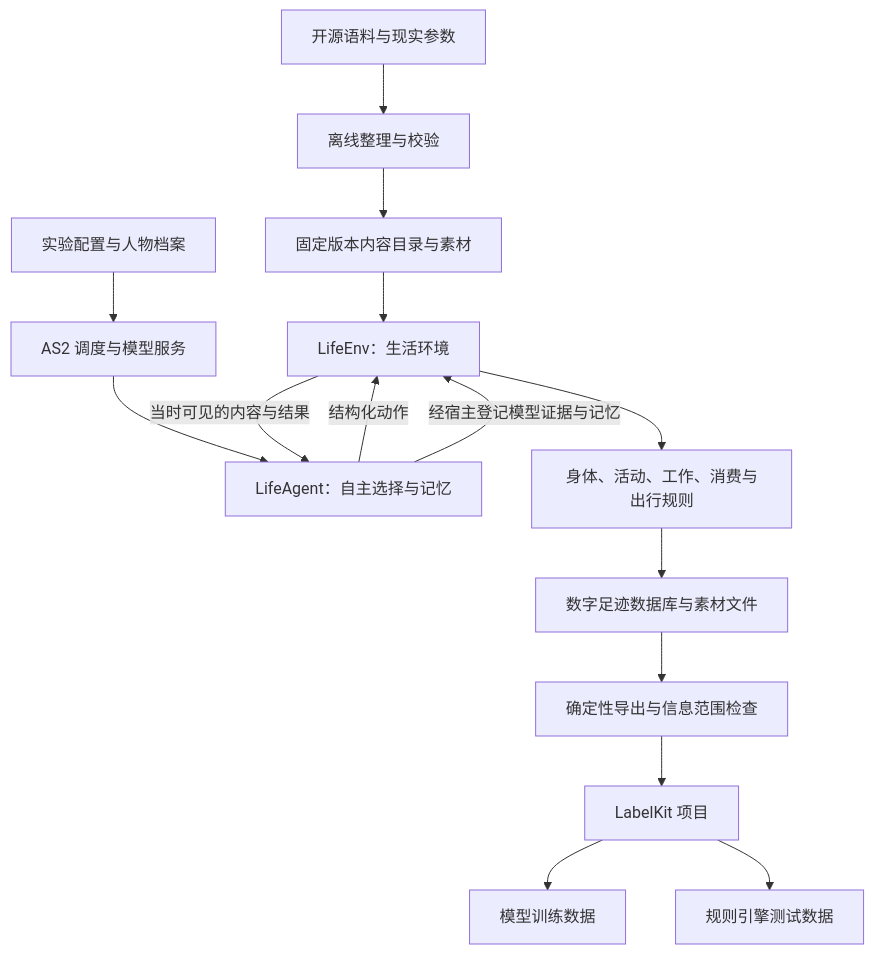
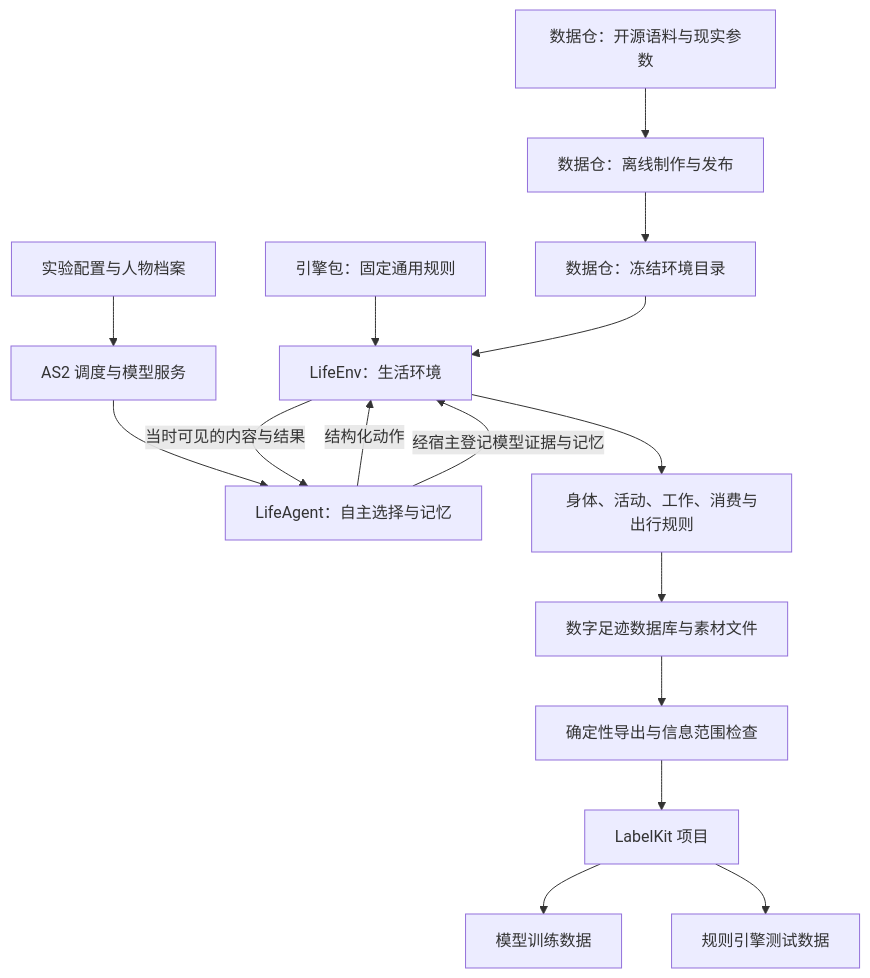
One commit to HoldThatThgt/WorldMock changed the second of 5 diagrams in docs/ARCHITECTURE.md. Above: the diagram before and after it, drawn with Mermaid. The commit also changed other lines of this file and 1231 other files, not shown here.

````diff
--- a/docs/ARCHITECTURE.md
+++ b/docs/ARCHITECTURE.md
@@ -133,17 +146,18 @@
 ```mermaid
 flowchart TB
-    C[开源语料与现实参数] --> P[离线整理与校验]
-    P --> D[固定版本内容目录与素材]
+    C[数据仓：开源语料与现实参数] --> P[数据仓：离线制作与发布]
+    P --> D[数据仓：冻结环境目录]
+    G[引擎包：固定通用规则] --> E
     X[实验配置与人物档案] --> S[AS2 调度与模型服务]
     S --> A[LifeAgent：自主选择与记忆]
     A -->|结构化动作| E[LifeEnv：生活环境]
     D --> E
     E -->|当时可见的内容与结果| A
     E --> R[身体、活动、工作、消费与出行规则]
     R --> F[数字足迹数据库与素材文件]
     A -->|经宿主登记模型证据与记忆| E
     F --> O[确定性导出与信息范围检查]
     O --> L[LabelKit 项目]
     L --> T[模型训练数据]
     L --> V[规则引擎测试数据]
 ```
````
